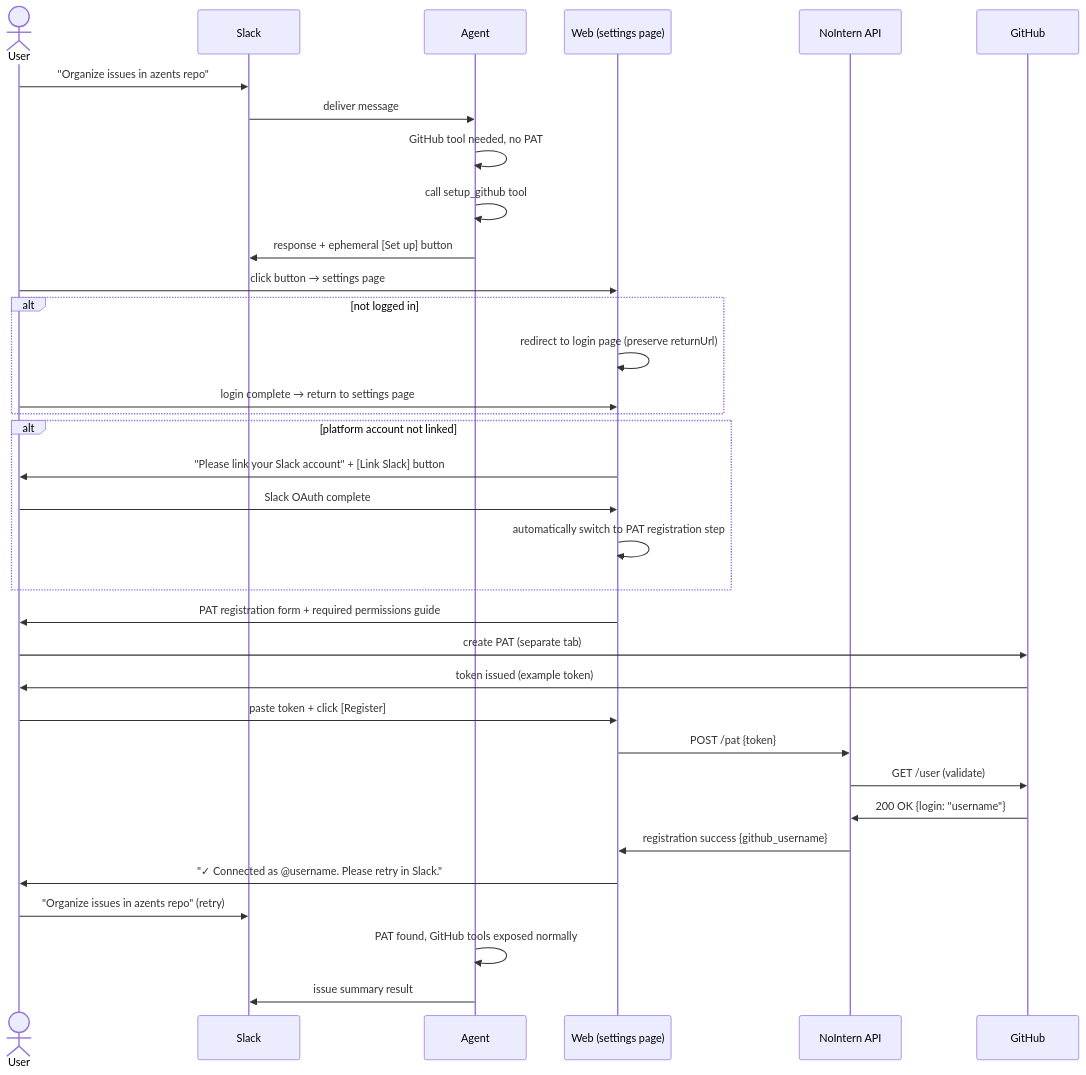
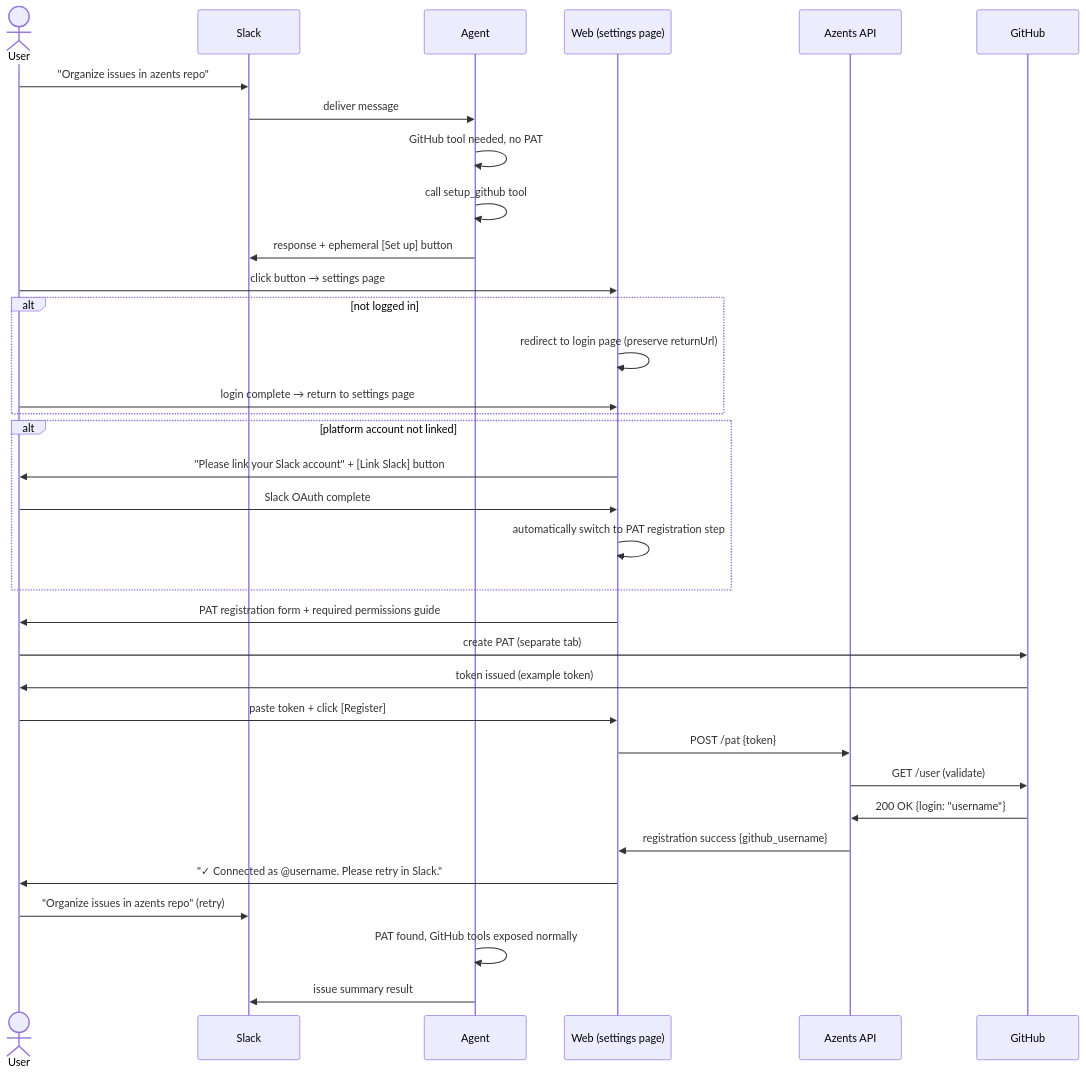
One commit to azents/azents changed the first of 4 diagrams in docs/azents/design/pat-260321-pat.md. Above: the diagram before and after it, drawn with Mermaid. The commit also changed other lines of this file and 245 other files, not shown here.

````diff
--- a/docs/azents/design/pat-260321-pat.md
+++ b/docs/azents/design/pat-260321-pat.md
@@ -56,41 +56,41 @@
 ```mermaid
 sequenceDiagram
     actor U as User
     participant S as Slack
     participant A as Agent
     participant W as Web (settings page)
-    participant API as NoIntern API
+    participant API as Azents API
     participant GH as GitHub
 
     U->>S: "Organize issues in azents repo"
     S->>A: deliver message
     A->>A: GitHub tool needed, no PAT
     A->>A: call setup_github tool
     A->>S: response + ephemeral [Set up] button
     U->>W: click button → settings page
 
     alt not logged in
         W->>W: redirect to login page (preserve returnUrl)
         U->>W: login complete → return to settings page
     end
 
     alt platform account not linked
         W->>U: "Please link your Slack account" + [Link Slack] button
         U->>W: Slack OAuth complete
         W->>W: automatically switch to PAT registration step
     end
 
     W->>U: PAT registration form + required permissions guide
     U->>GH: create PAT (separate tab)
     GH->>U: token issued (example token)
     U->>W: paste token + click [Register]
     W->>API: POST /pat {token}
     API->>GH: GET /user (validate)
     GH->>API: 200 OK {login: "username"}
     API->>W: registration success {github_username}
     W->>U: "✓ Connected as @username. Please retry in Slack."
 
     U->>S: "Organize issues in azents repo" (retry)
     A->>A: PAT found, GitHub tools exposed normally
     A->>S: issue summary result
 ```
````
